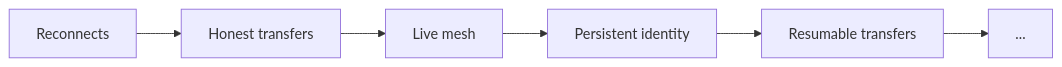
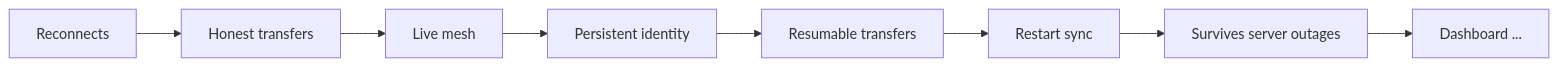
Before and after one commit to shobhit157/Aperture: the second of 2 diagrams in README.md, drawn with Mermaid. The commit also changed other lines of this file, not shown here.

````diff
--- a/README.md
+++ b/README.md
@@ -80,4 +95,4 @@
 ```mermaid
 flowchart LR
-  C[Reconnects] --> A[Honest transfers] --> M[Live mesh] --> I[Persistent identity] --> B[Resumable transfers] --> N[...]
+  C[Reconnects] --> A[Honest transfers] --> M[Live mesh] --> I[Persistent identity] --> B[Resumable transfers] --> R[Restart sync] --> O[Survives server outages] --> D[Dashboard ...]
 ```
````
